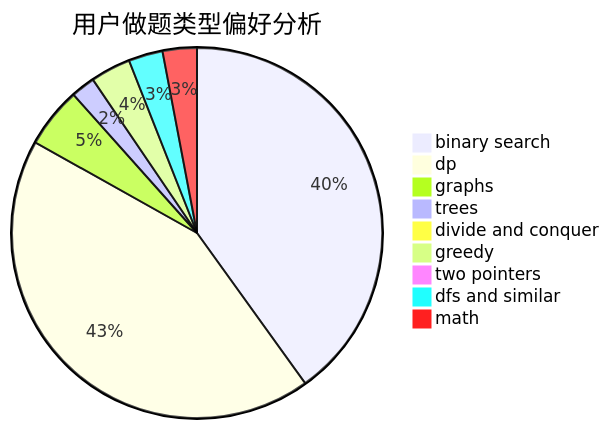
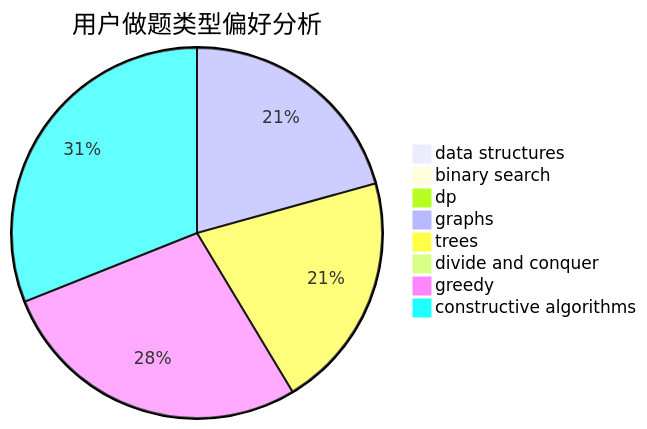
Before and after one commit to sherpahu/cfrs.github.io: the second of 3 diagrams in docs/user/u199.md, drawn with Mermaid. The commit also changed other lines of this file and 2775 other files, not shown here.

````diff
--- a/docs/user/u199.md
+++ b/docs/user/u199.md
@@ -23,12 +23,11 @@
 ```mermaid
 pie title 用户做题类型偏好分析
-    "binary search" :  228
-    "dp" :  245
-    "graphs" :  30
+    "data structures" :  0
+    "binary search" :  0
+    "dp" :  0
+    "graphs" :  12
     "trees" :  12
     "divide and conquer" :  0
-    "greedy" :  20
-    "two pointers" :  0
-    "dfs and similar" :  17
-    "math" :  17
+    "greedy" :  16
+    "constructive algorithms" :  18
 ```
````
